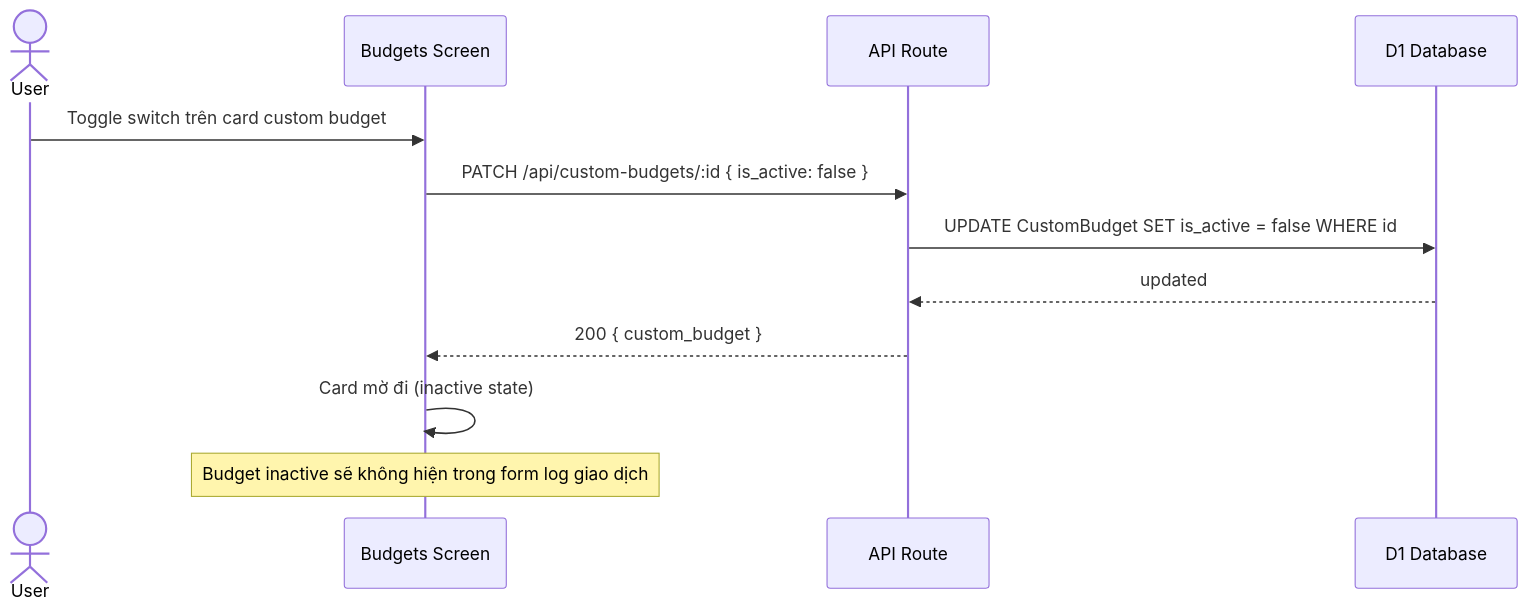
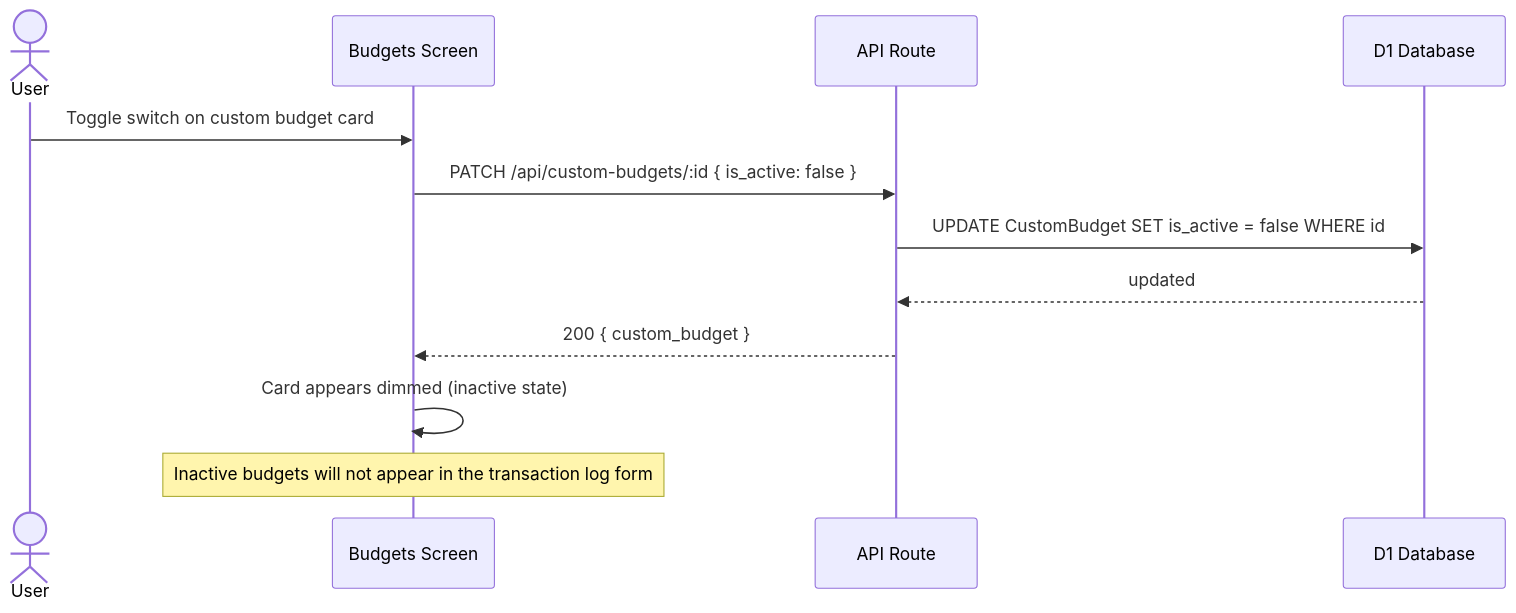
The seventh of 10 diagrams in docs/FLOWS.md (niits/personal-finance), drawn with Mermaid before and after one commit. The commit also changed other lines of this file and 3 other files, not shown here.

````diff
--- a/docs/FLOWS.md
+++ b/docs/FLOWS.md
@@ -198,15 +198,15 @@
 ```mermaid
 sequenceDiagram
     actor User
     participant Budgets as Budgets Screen
     participant API as API Route
     participant DB as D1 Database
 
-    User->>Budgets: Toggle switch trên card custom budget
+    User->>Budgets: Toggle switch on custom budget card
     Budgets->>API: PATCH /api/custom-budgets/:id { is_active: false }
     API->>DB: UPDATE CustomBudget SET is_active = false WHERE id
     DB-->>API: updated
     API-->>Budgets: 200 { custom_budget }
-    Budgets->>Budgets: Card mờ đi (inactive state)
-    Note over Budgets: Budget inactive sẽ không hiện trong form log giao dịch
+    Budgets->>Budgets: Card appears dimmed (inactive state)
+    Note over Budgets: Inactive budgets will not appear in the transaction log form
 ```
````
